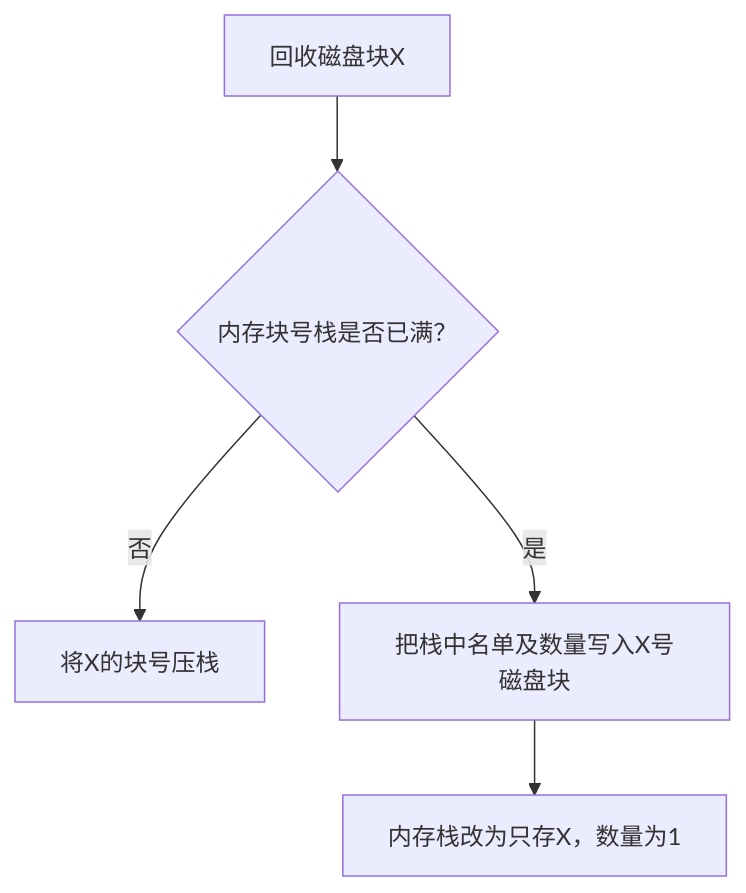
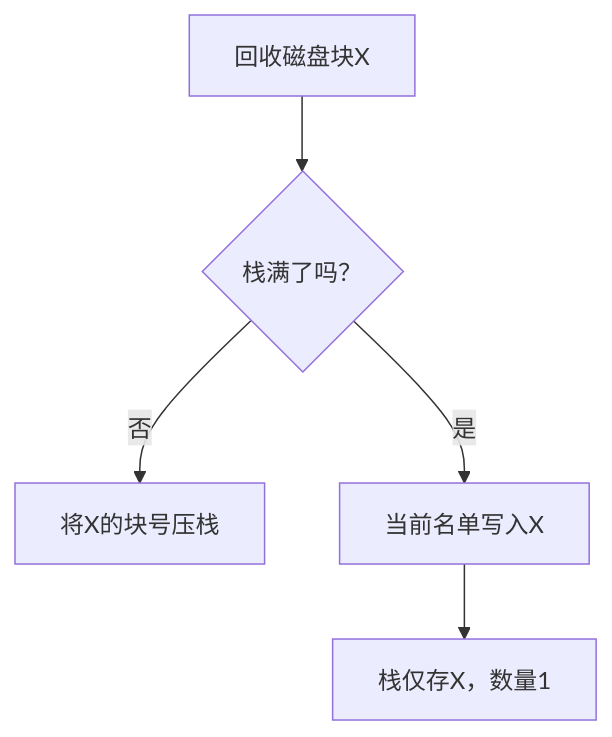
The third of 3 diagrams in 知识点/408操作系统/成组链接法.md (Pandamic987/Study), drawn with Mermaid before and after one commit. The commit also changed other lines of this file, not shown here.

Commit message:
缩短流程图标签以改善手机阅读

````diff
--- a/知识点/408操作系统/成组链接法.md
+++ b/知识点/408操作系统/成组链接法.md
@@ -45,7 +45,7 @@
 ```mermaid
 flowchart TD
-    A["回收磁盘块X"] --> B{"内存块号栈是否已满？"}
+    A["回收磁盘块X"] --> B{"栈满了吗？"}
     B -->|"否"| C["将X的块号压栈"]
-    B -->|"是"| D["把栈中名单及数量写入X号磁盘块"]
-    D --> E["内存栈改为只存X，数量为1"]
+    B -->|"是"| D["当前名单写入X"]
+    D --> E["栈仅存X，数量1"]
 ```
````
